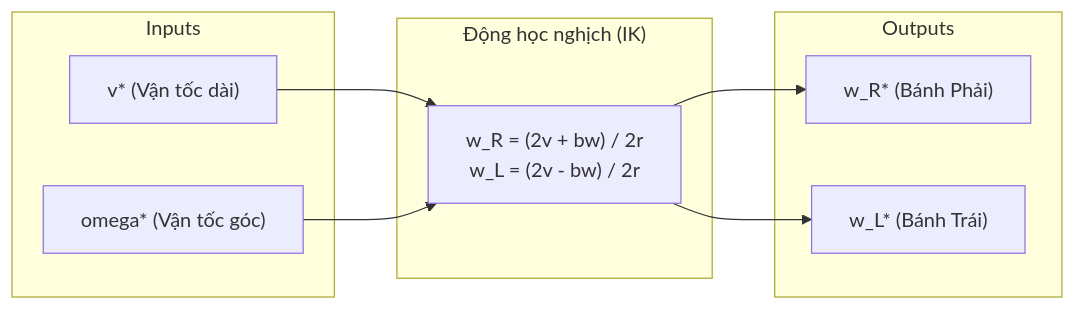
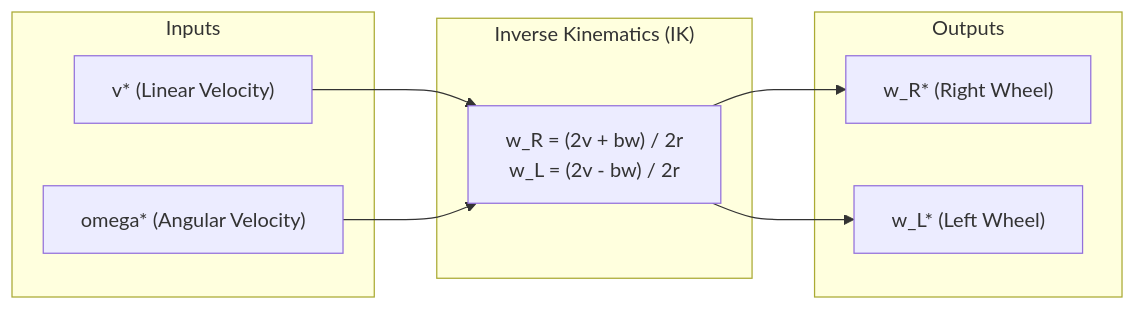
The fifth of 5 diagrams in docs/AMR_CONTROL_SYSTEM_DESIGN.md (dquang05/capstone_ros2), drawn with Mermaid before and after one commit. The commit also changed other lines of this file and 18 other files, not shown here.

````diff
--- a/docs/AMR_CONTROL_SYSTEM_DESIGN.md
+++ b/docs/AMR_CONTROL_SYSTEM_DESIGN.md
@@ -178,21 +178,21 @@
 ```mermaid
 graph LR
     subgraph Inputs
-        v["v* (Vận tốc dài)"]
-        w["omega* (Vận tốc góc)"]
+        v["v* (Linear Velocity)"]
+        w["omega* (Angular Velocity)"]
     end
     
-    subgraph IK ["Động học nghịch (IK)"]
+    subgraph IK ["Inverse Kinematics (IK)"]
         IK_eq["w_R = (2v + bw) / 2r\nw_L = (2v - bw) / 2r"]
     end
 
     subgraph Outputs
-        wR["w_R* (Bánh Phải)"]
-        wL["w_L* (Bánh Trái)"]
+        wR["w_R* (Right Wheel)"]
+        wL["w_L* (Left Wheel)"]
     end
 
     v --> IK_eq
     w --> IK_eq
     IK_eq --> wR
     IK_eq --> wL
 ```
````
